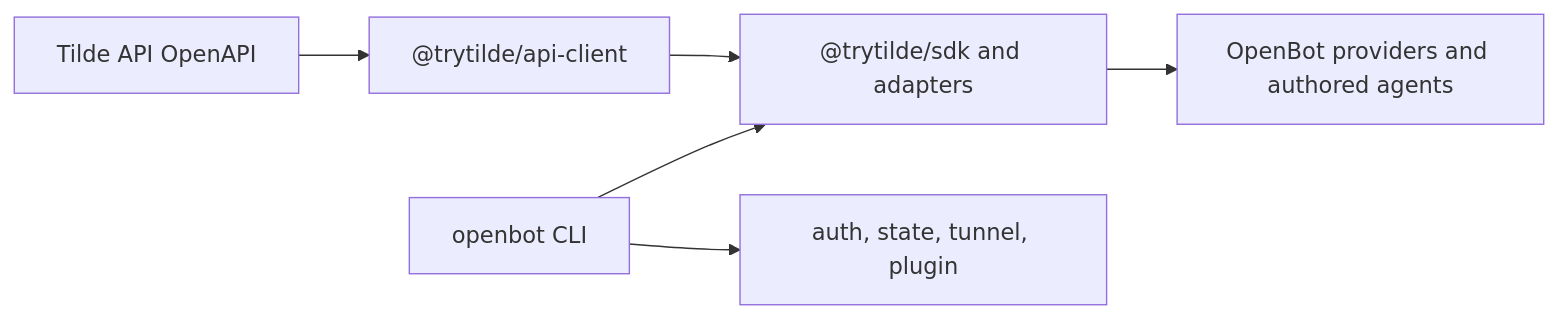
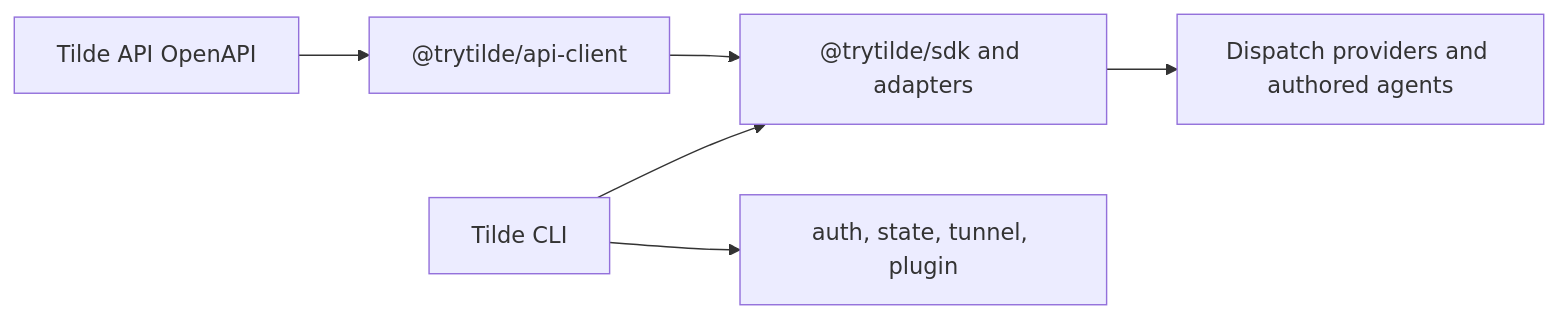
Before and after one commit to trytilde/dispatch: the diagram in docs/adrs/0030-tilde-sdk-and-cli-ownership.md, drawn with Mermaid. The commit also changed other lines of this file and 668 other files, not shown here.

````diff
--- a/docs/adrs/0030-tilde-sdk-and-cli-ownership.md
+++ b/docs/adrs/0030-tilde-sdk-and-cli-ownership.md
@@ -45,8 +45,8 @@
 ```mermaid
 flowchart LR
   A["Tilde API OpenAPI"] --> G["@trytilde/api-client"]
   G --> S["@trytilde/sdk and adapters"]
-  S --> O["OpenBot providers and authored agents"]
-  C["openbot CLI"] --> S
+  S --> O["Dispatch providers and authored agents"]
+  C["Tilde CLI"] --> S
   C --> T["auth, state, tunnel, plugin"]
 ```
````
